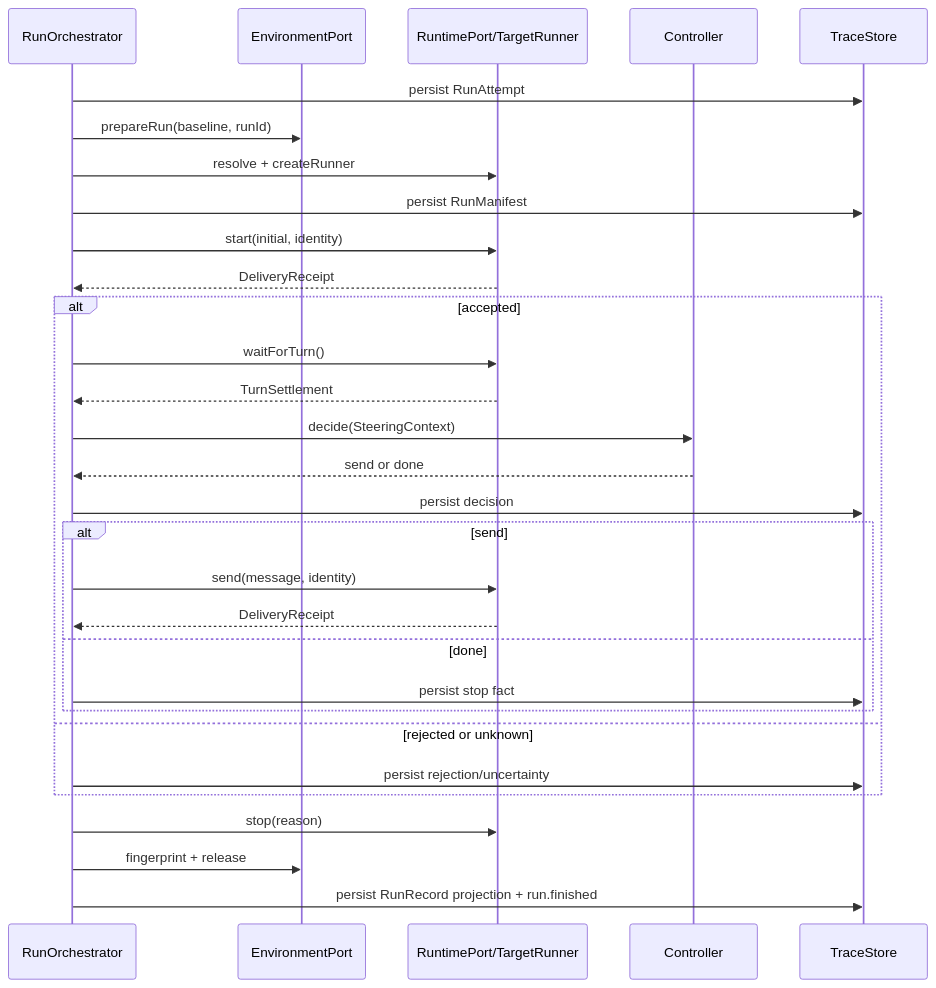
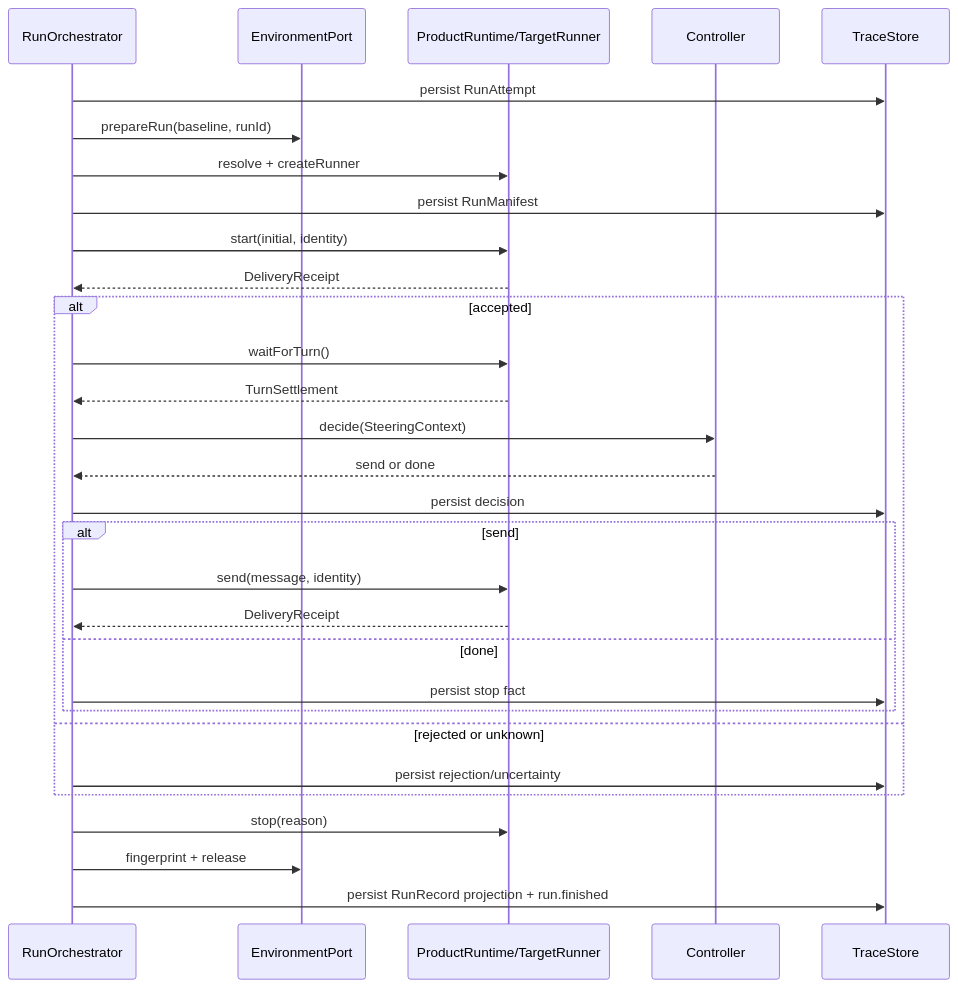
One commit to caulif/Reprise changed the second of 2 diagrams in docs/architecture/overview.md. Above: the diagram before and after it, drawn with Mermaid. The commit also changed other lines of this file and 114 other files, not shown here.

First line of the commit message:
feat: land product-agnostic candidate pack, runtime journal, and experiment entry

````diff
--- a/docs/architecture/overview.md
+++ b/docs/architecture/overview.md
@@ -308,33 +309,33 @@
 ```mermaid
 sequenceDiagram
     participant O as RunOrchestrator
     participant E as EnvironmentPort
-    participant R as RuntimePort/TargetRunner
+    participant R as ProductRuntime/TargetRunner
     participant C as Controller
     participant S as TraceStore
 
     O->>S: persist RunAttempt
     O->>E: prepareRun(baseline, runId)
     O->>R: resolve + createRunner
     O->>S: persist RunManifest
     O->>R: start(initial, identity)
     R-->>O: DeliveryReceipt
     alt accepted
       O->>R: waitForTurn()
       R-->>O: TurnSettlement
       O->>C: decide(SteeringContext)
       C-->>O: send or done
       O->>S: persist decision
       alt send
         O->>R: send(message, identity)
         R-->>O: DeliveryReceipt
       else done
         O->>S: persist stop fact
       end
     else rejected or unknown
       O->>S: persist rejection/uncertainty
     end
     O->>R: stop(reason)
     O->>E: fingerprint + release
     O->>S: persist RunRecord projection + run.finished
 ```
````
